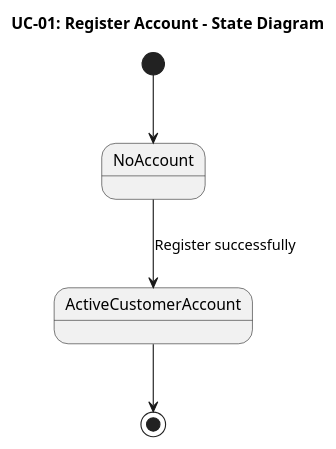
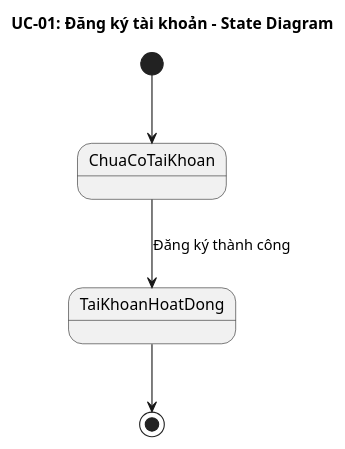
Before and after one commit to Phunguy65/train-ticket-booking-system-plus: the fourth of 7 diagrams in docs/usecases/UC-01-dang-ky-tai-khoan.md, drawn with PlantUML. The commit also changed other lines of this file and 14 other files, not shown here.

````diff
--- a/docs/usecases/UC-01-dang-ky-tai-khoan.md
+++ b/docs/usecases/UC-01-dang-ky-tai-khoan.md
@@ -74,9 +92,9 @@
 ```plantuml
 @startuml UC-01-state
-title UC-01: Register Account - State Diagram
+title UC-01: Đăng ký tài khoản - State Diagram
 
-[*] --> NoAccount
-NoAccount --> ActiveCustomerAccount: Register successfully
-ActiveCustomerAccount --> [*]
+[*] --> ChuaCoTaiKhoan
+ChuaCoTaiKhoan --> TaiKhoanHoatDong: Đăng ký thành công
+TaiKhoanHoatDong --> [*]
 @enduml
 ```
````
